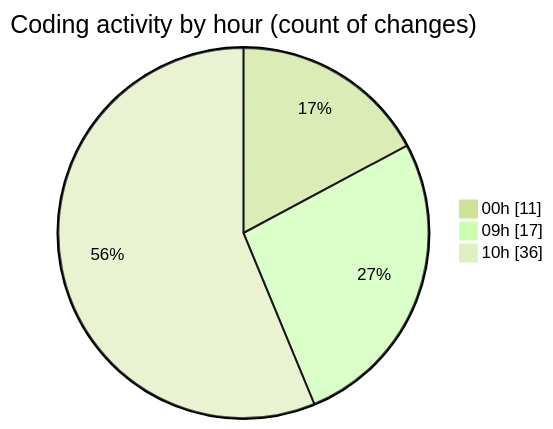
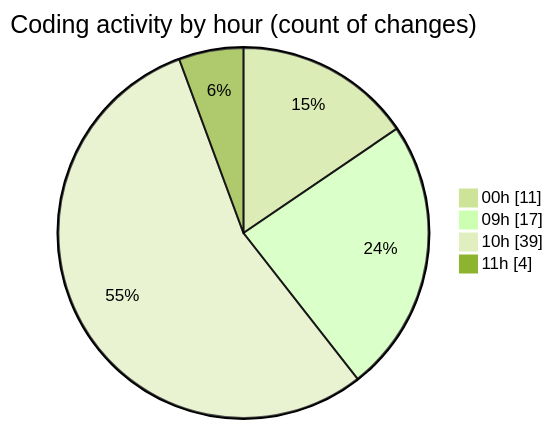
The second of 2 diagrams in 2026-09-02/cda/README.md (momahboobian/code-tracking), drawn with Mermaid (forest theme) before and after one commit. The commit also changed other lines of this file and 1 other file, not shown here.

````diff
--- a/2026-09-02/cda/README.md
+++ b/2026-09-02/cda/README.md
@@ -35,7 +35,8 @@
 ```mermaid
 pie showData
 title Coding activity by hour (count of changes)
 "00h" : 11
 "09h" : 17
-"10h" : 36
+"10h" : 39
+"11h" : 4
 ```
````
